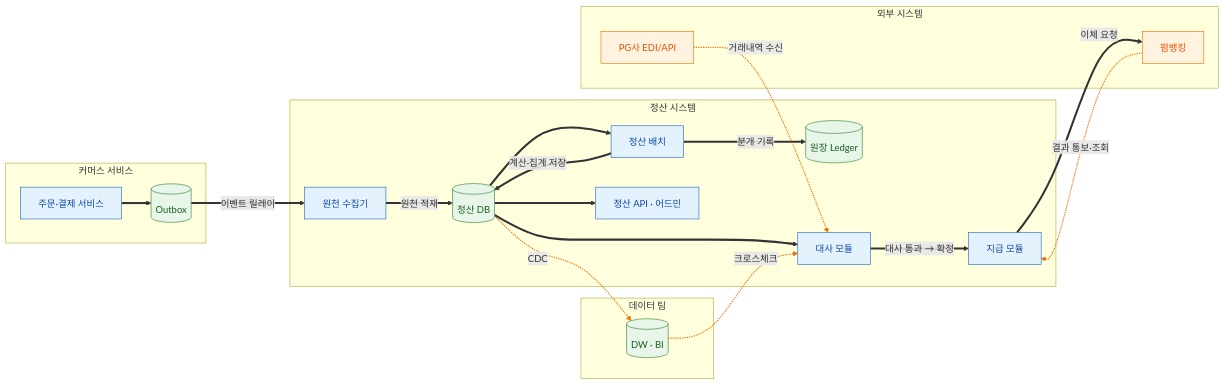
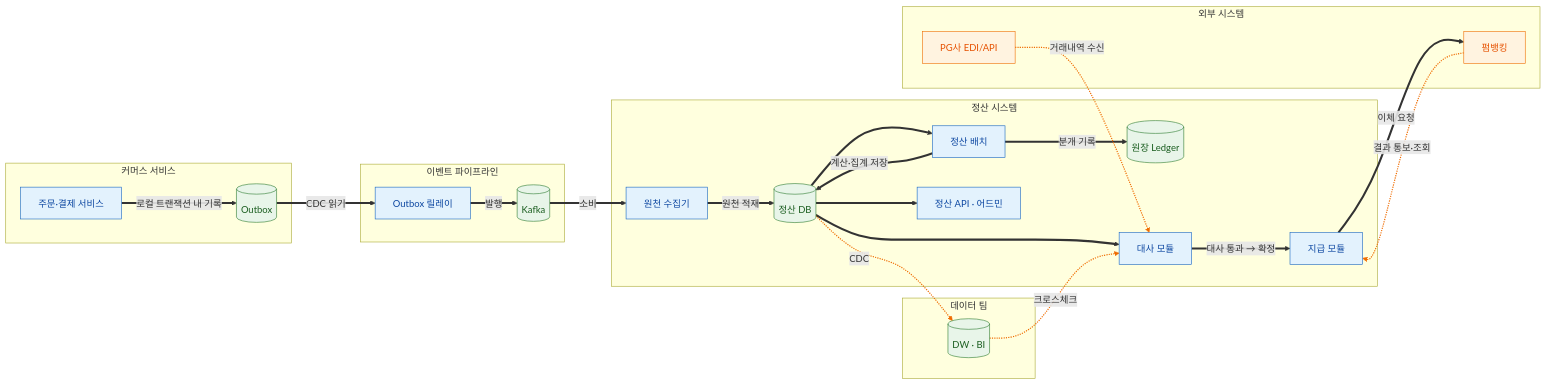
Before and after one commit to sinabro-study/garden: the first of 4 diagrams in 00_Inbox/정산 시스템 설계.md, drawn with Mermaid. The commit also changed other lines of this file, not shown here.

Commit message:
(Inbox) 정산 설계 - 이벤트 파이프라인(Outbox 릴레이·Kafka) 명시

````diff
--- a/00_Inbox/정산 시스템 설계.md
+++ b/00_Inbox/정산 시스템 설계.md
@@ -16,45 +16,51 @@
 ```mermaid
 flowchart LR
     subgraph CO[커머스 서비스]
         ORD[주문·결제 서비스]
         OBX[(Outbox)]
+    end
+    subgraph EV[이벤트 파이프라인]
+        RLY[Outbox 릴레이]
+        KF[(Kafka)]
     end
     subgraph ST[정산 시스템]
         COL[원천 수집기]
         SDB[(정산 DB)]
         BAT[정산 배치]
         LED[(원장 Ledger)]
         REC[대사 모듈]
         PAYM[지급 모듈]
         ADM[정산 API · 어드민]
     end
     subgraph EX[외부 시스템]
         PG[PG사 EDI/API]
         BK[펌뱅킹]
     end
     subgraph DT[데이터 팀]
         DW[(DW · BI)]
     end
-    ORD ==> OBX
-    OBX ==>|이벤트 릴레이| COL
+    ORD ==>|로컬 트랜잭션 내 기록| OBX
+    OBX ==>|CDC 읽기| RLY
+    RLY ==>|발행| KF
+    KF ==>|소비| COL
     COL ==>|원천 적재| SDB
     SDB ==> BAT
     BAT ==>|계산·집계 저장| SDB
     BAT ==>|분개 기록| LED
     SDB ==> REC
     PG -.->|거래내역 수신| REC
     REC ==>|대사 통과 → 확정| PAYM
     PAYM ==>|이체 요청| BK
     BK -.->|결과 통보·조회| PAYM
     SDB ==> ADM
     SDB -.->|CDC| DW
     DW -.->|크로스체크| REC
-    linkStyle 7,10,12,13 stroke:#ef6c00,stroke-width:2px
+    linkStyle 9,12,14,15 stroke:#ef6c00,stroke-width:2px
 
     classDef core fill:#e3f2fd,stroke:#1565c0,color:#0d47a1
     classDef store fill:#e8f5e9,stroke:#2e7d32,color:#1b5e20
     classDef ext fill:#fff3e0,stroke:#ef6c00,color:#e65100
-    class ORD,COL,BAT,REC,PAYM,ADM core
-    class OBX,SDB,LED,DW store
+    class ORD,RLY,COL,BAT,REC,PAYM,ADM core
+    class OBX,KF,SDB,LED,DW store
     class PG,BK ext
 ```
````
